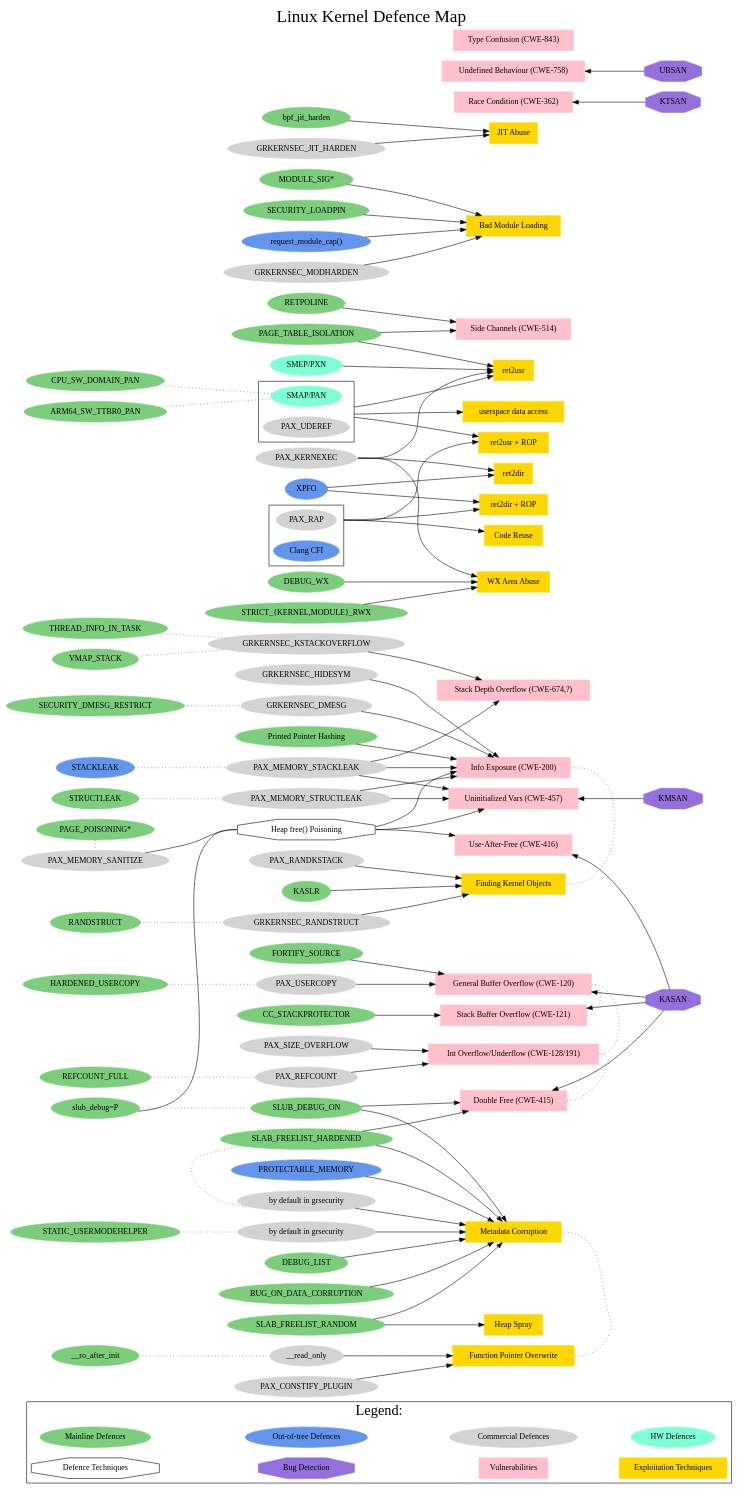
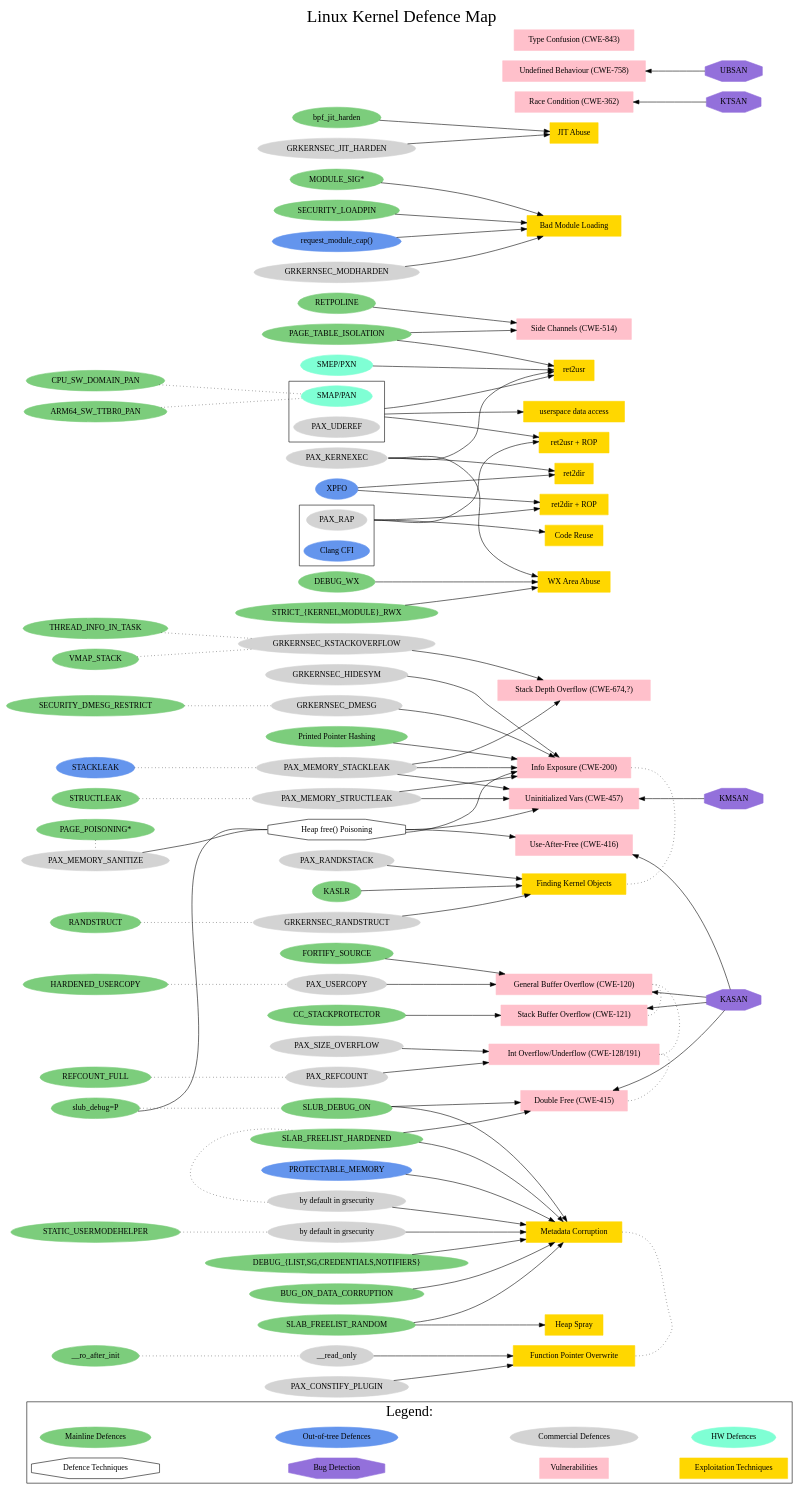
The diagram in linux-kernel-defence-map.dot (a13xp0p0v/linux-kernel-defence-map), drawn with Graphviz before and after one commit.

Commit message:
Add more "Metadata Corruption" detection features

```diff
--- a/linux-kernel-defence-map.dot
+++ b/linux-kernel-defence-map.dot
@@ -71,7 +71,7 @@
     node [shape=oval, color=palegreen3, style=filled];
     "CC_STACKPROTECTOR";
     "FORTIFY_SOURCE";
-    "DEBUG_LIST";
+    "DEBUG_{LIST,SG,CREDENTIALS,NOTIFIERS}";
     "SLUB_DEBUG_ON";
     "SLAB_FREELIST_HARDENED";
     "PAGE_TABLE_ISOLATION";
@@ -277,7 +277,7 @@
   "PAGE_TABLE_ISOLATION" -> "Side Channels (CWE-514)";
   "RETPOLINE" -> "Side Channels (CWE-514)";
 
-  "DEBUG_LIST" -> "Metadata Corruption";
+  "DEBUG_{LIST,SG,CREDENTIALS,NOTIFIERS}" -> "Metadata Corruption";
   "BUG_ON_DATA_CORRUPTION" -> "Metadata Corruption";
   "SLUB_DEBUG_ON" -> "Metadata Corruption";
   "SLAB_FREELIST_RANDOM" -> "Metadata Corruption";
```
